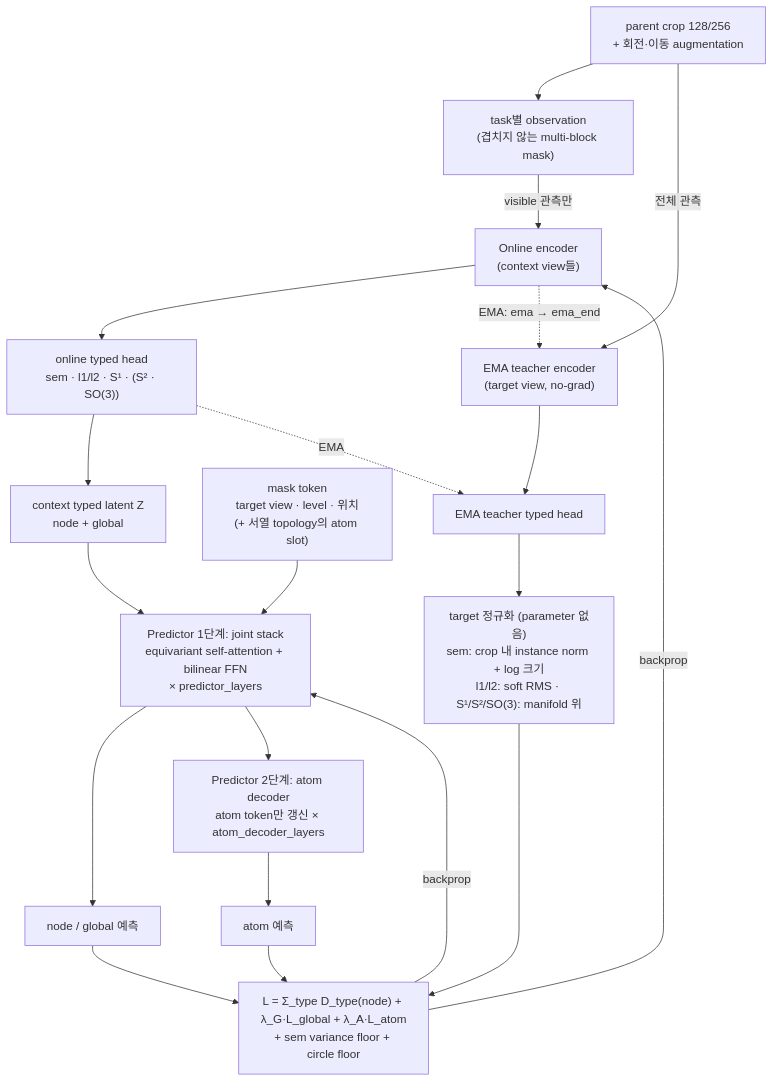
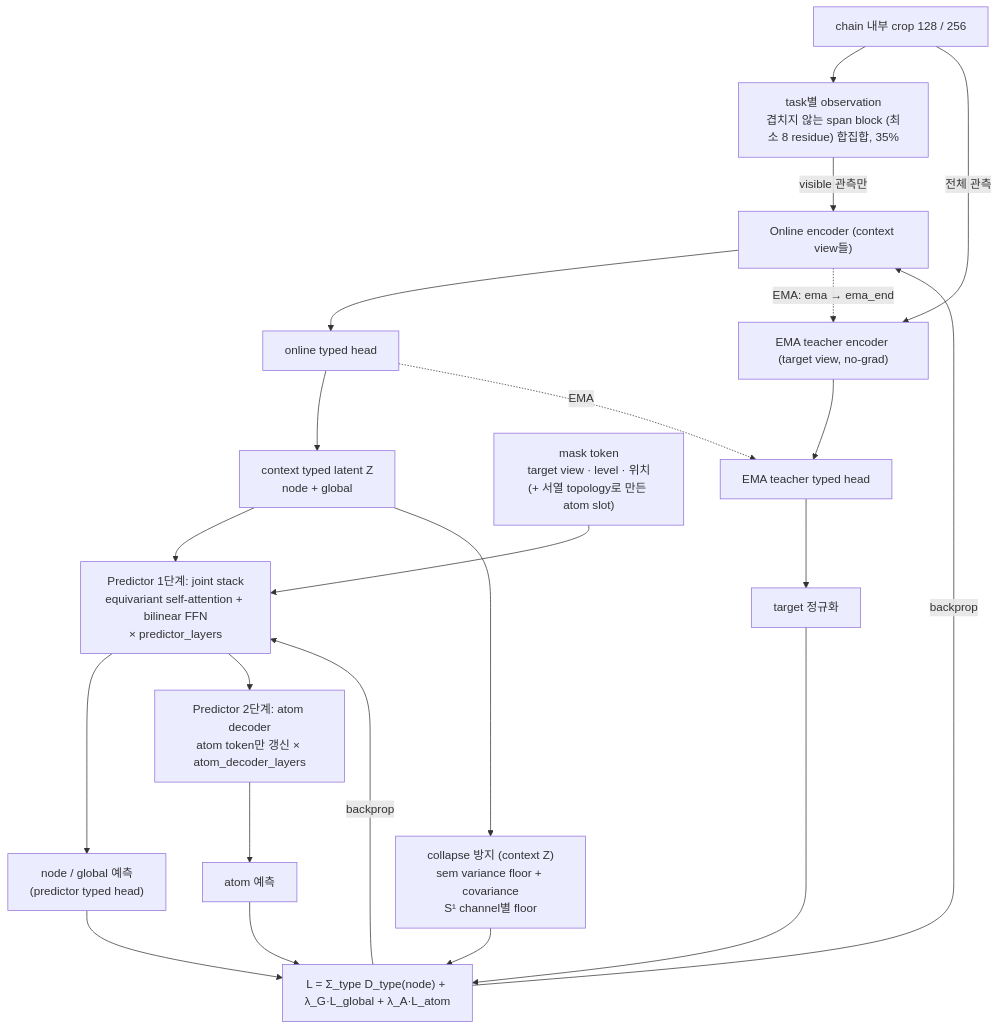
The fourth of 5 diagrams in README.md (eightmm/protein-geometric-jepa), drawn with Mermaid before and after one commit. The commit also changed other lines of this file, not shown here.

Commit message:
docs: README architecture overview, typed head and refreshed training-step diagrams

````diff
--- a/README.md
+++ b/README.md
@@ -111,22 +190,24 @@
 ```mermaid
 flowchart TB
-  R["parent crop 128/256<br/>+ 회전·이동 augmentation"] --> M["task별 observation<br/>(겹치지 않는 multi-block mask)"]
-  M -->|"visible 관측만"| ON["Online encoder<br/>(context view들)"]
-  R -->|"전체 관측"| TE["EMA teacher encoder<br/>(target view, no-grad)"]
-  ON --> HD["online typed head<br/>sem · l1/l2 · S¹ · (S² · SO(3))"]
+  R["chain 내부 crop 128 / 256"] --> M["task별 observation<br/>겹치지 않는 span block (최소 8 residue) 합집합, 35%"]
+  M -->|"visible 관측만"| ON["Online encoder (context view들)"]
+  R -->|"전체 관측"| TE["EMA teacher encoder (target view, no-grad)"]
+  ON --> HD["online typed head"]
   HD --> CT["context typed latent Z<br/>node + global"]
-  MT["mask token<br/>target view · level · 위치<br/>(+ 서열 topology의 atom slot)"] --> P1
+  MT["mask token<br/>target view · level · 위치<br/>(+ 서열 topology로 만든 atom slot)"] --> P1
   CT --> P1["Predictor 1단계: joint stack<br/>equivariant self-attention + bilinear FFN<br/>× predictor_layers"]
-  P1 --> NODE["node / global 예측"]
+  P1 --> NODE["node / global 예측<br/>(predictor typed head)"]
   P1 --> P2["Predictor 2단계: atom decoder<br/>atom token만 갱신 × atom_decoder_layers"]
   P2 --> ATOM["atom 예측"]
   TE --> TH["EMA teacher typed head"]
-  TH --> NT["target 정규화 (parameter 없음)<br/>sem: crop 내 instance norm + log 크기<br/>l1/l2: soft RMS · S¹/S²/SO(3): manifold 위"]
-  NODE --> L["L = Σ_type D_type(node) + λ_G·L_global + λ_A·L_atom<br/>+ sem variance floor + circle floor"]
+  TH --> NT["target 정규화"]
+  NODE --> L["L = Σ_type D_type(node) + λ_G·L_global + λ_A·L_atom"]
   ATOM --> L
   NT --> L
+  CT --> REG["collapse 방지 (context Z)<br/>sem variance floor + covariance<br/>S¹ channel별 floor"]
+  REG --> L
   L -->|"backprop"| ON
   L -->|"backprop"| P1
   ON -.->|"EMA: ema → ema_end"| TE
   HD -.->|"EMA"| TH
 ```
````
